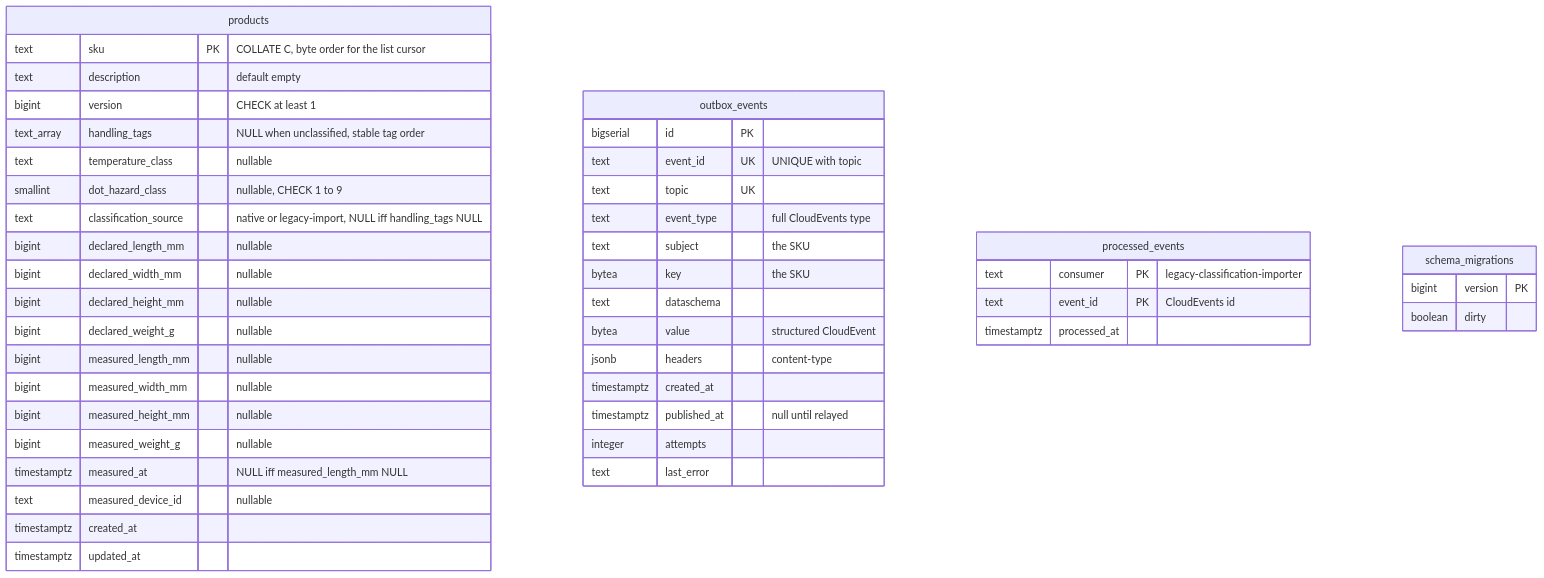
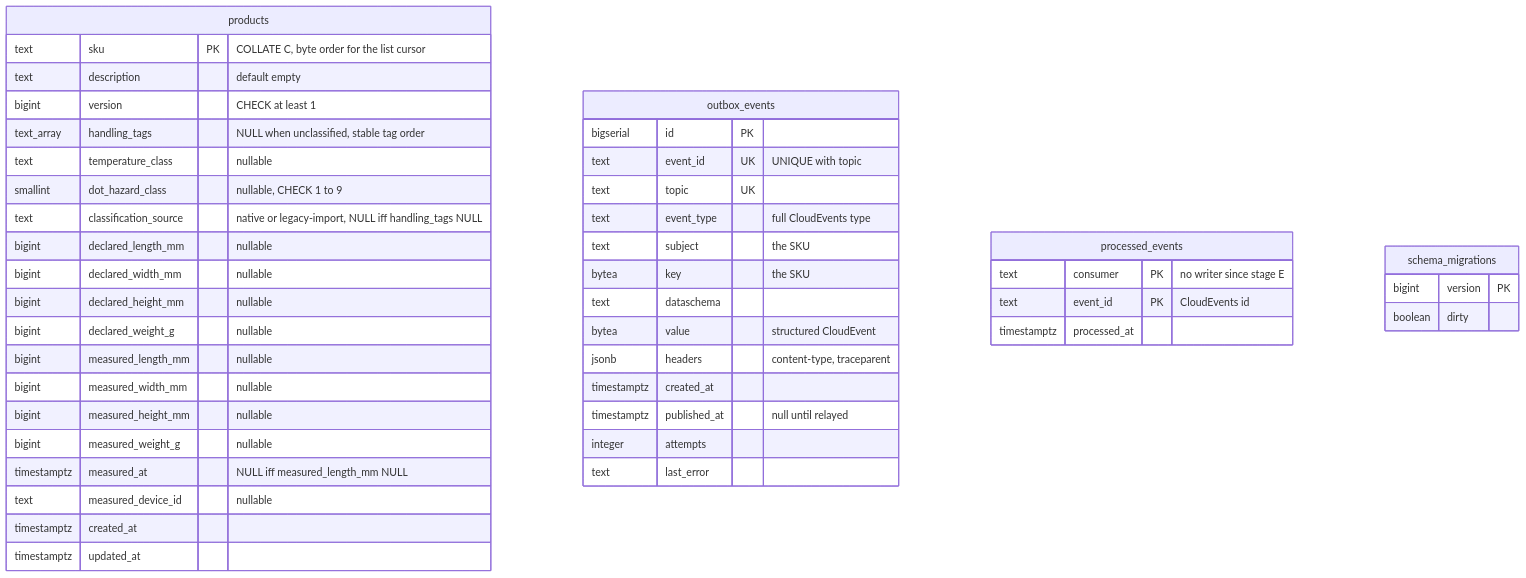
Before and after one commit to IQVO/product-master: the diagram in docs/docs/ddd/entity-relationship.md, drawn with Mermaid. The commit also changed other lines of this file and 13 other files, not shown here.

First line of the commit message:
docs(ddd): retire the legacy importer from the DDD pack; six live consumers

````diff
--- a/docs/docs/ddd/entity-relationship.md
+++ b/docs/docs/ddd/entity-relationship.md
@@ -20,48 +24,48 @@
 ```mermaid
 erDiagram
   products {
     text sku PK "COLLATE C, byte order for the list cursor"
     text description "default empty"
     bigint version "CHECK at least 1"
     text_array handling_tags "NULL when unclassified, stable tag order"
     text temperature_class "nullable"
     smallint dot_hazard_class "nullable, CHECK 1 to 9"
     text classification_source "native or legacy-import, NULL iff handling_tags NULL"
     bigint declared_length_mm "nullable"
     bigint declared_width_mm "nullable"
     bigint declared_height_mm "nullable"
     bigint declared_weight_g "nullable"
     bigint measured_length_mm "nullable"
     bigint measured_width_mm "nullable"
     bigint measured_height_mm "nullable"
     bigint measured_weight_g "nullable"
     timestamptz measured_at "NULL iff measured_length_mm NULL"
     text measured_device_id "nullable"
     timestamptz created_at
     timestamptz updated_at
   }
   outbox_events {
     bigserial id PK
     text event_id UK "UNIQUE with topic"
     text topic UK
     text event_type "full CloudEvents type"
     text subject "the SKU"
     bytea key "the SKU"
     text dataschema
     bytea value "structured CloudEvent"
-    jsonb headers "content-type"
+    jsonb headers "content-type, traceparent"
     timestamptz created_at
     timestamptz published_at "null until relayed"
     integer attempts
     text last_error
   }
   processed_events {
-    text consumer PK "legacy-classification-importer"
+    text consumer PK "no writer since stage E"
     text event_id PK "CloudEvents id"
     timestamptz processed_at
   }
   schema_migrations {
     bigint version PK
     boolean dirty
   }
 ```
````
